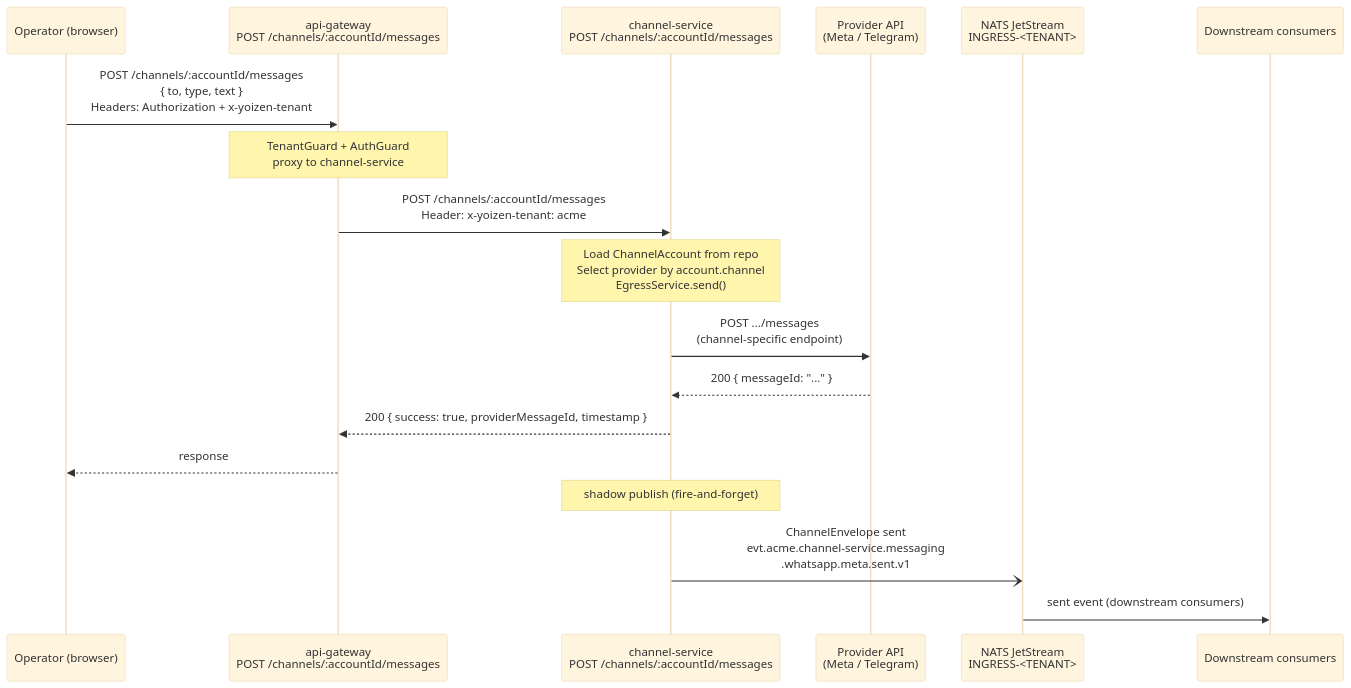
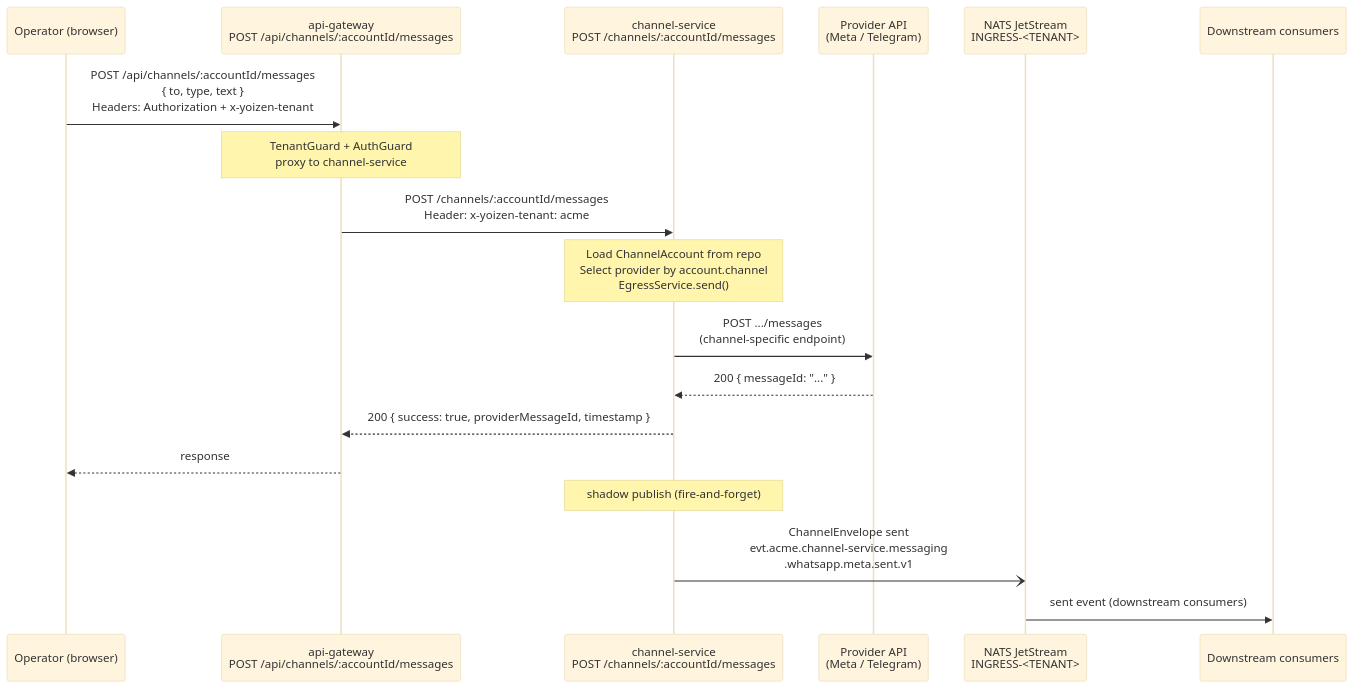
One commit to ccarnero/colloqui changed the third of 4 diagrams in DOCS/channels/channel-service.md. Above: the diagram before and after it, drawn with Mermaid (base theme). The commit also changed other lines of this file and 88 other files, not shown here.

````diff
--- a/DOCS/channels/channel-service.md
+++ b/DOCS/channels/channel-service.md
@@ -327,28 +331,28 @@
 ```mermaid
 sequenceDiagram
     participant Op as Operator (browser)
-    participant GW as api-gateway<br/>POST /channels/:accountId/messages
+    participant GW as api-gateway<br/>POST /api/channels/:accountId/messages
     participant CS as channel-service<br/>POST /channels/:accountId/messages
     participant Provider as Provider API<br/>(Meta / Telegram)
     participant JS as NATS JetStream<br/>INGRESS-<TENANT>
     participant Down as Downstream consumers
 
-    Op->>GW: POST /channels/:accountId/messages<br/>{ to, type, text }<br/>Headers: Authorization + x-yoizen-tenant
+    Op->>GW: POST /api/channels/:accountId/messages<br/>{ to, type, text }<br/>Headers: Authorization + x-yoizen-tenant
 
     Note over GW: TenantGuard + AuthGuard<br/>proxy to channel-service
 
     GW->>CS: POST /channels/:accountId/messages<br/>Header: x-yoizen-tenant: acme
 
     Note over CS: Load ChannelAccount from repo<br/>Select provider by account.channel<br/>EgressService.send()
 
     CS->>Provider: POST .../messages<br/>(channel-specific endpoint)
     Provider-->>CS: 200 { messageId: "..." }
 
     CS-->>GW: 200 { success: true, providerMessageId, timestamp }
     GW-->>Op: response
 
     Note over CS: shadow publish (fire-and-forget)
     CS-)JS: ChannelEnvelope sent<br/>evt.acme.channel-service.messaging<br/>.whatsapp.meta.sent.v1
 
     JS->>Down: sent event (downstream consumers)
 ```
````
